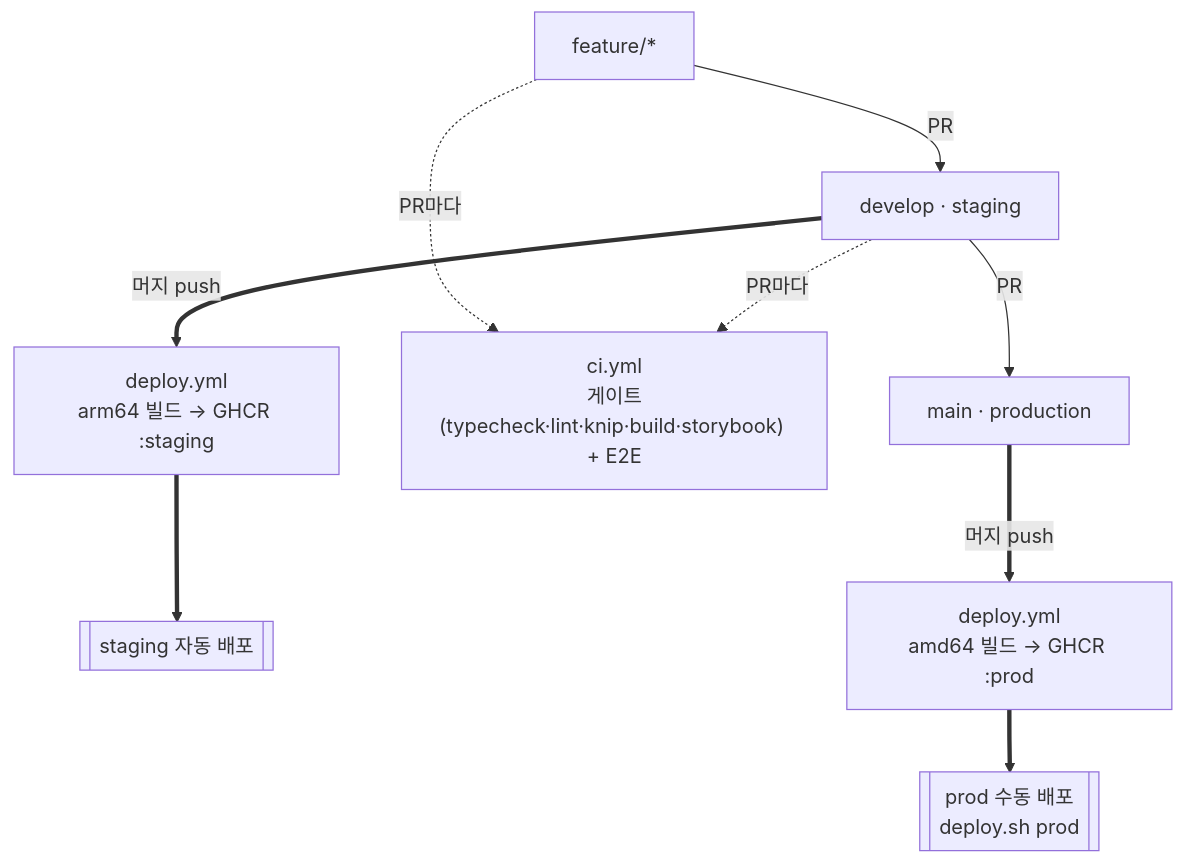
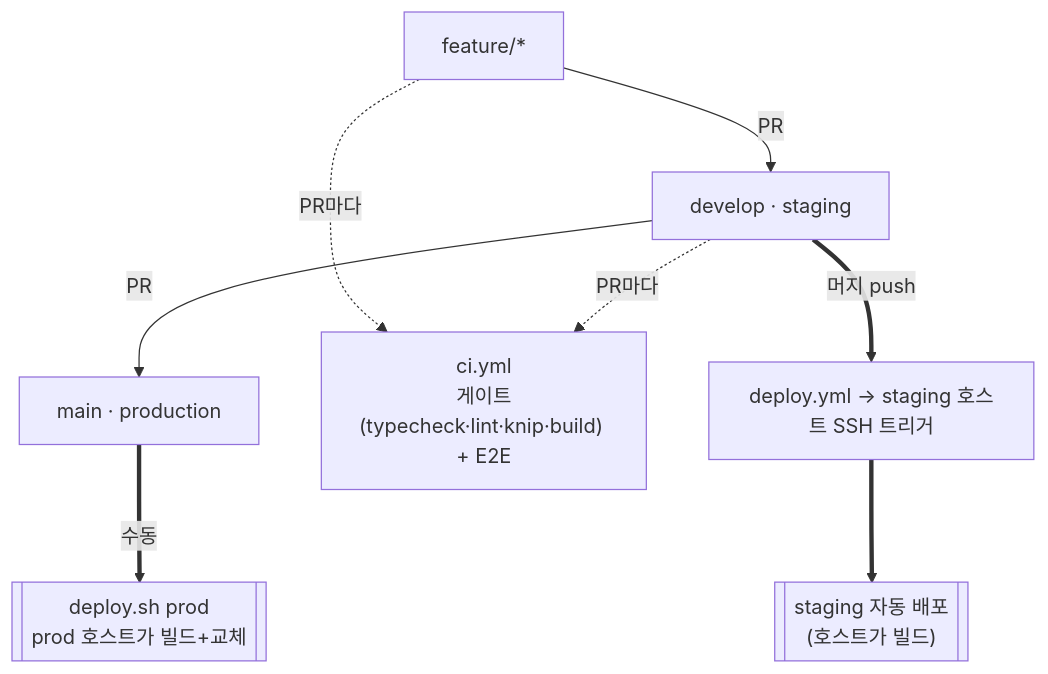
Before and after one commit to wafflestudio/cse.snu.ac.kr: the second of 2 diagrams in README.md, drawn with Mermaid. The commit also changed other lines of this file and 524 other files, not shown here.

````diff
--- a/README.md
+++ b/README.md
@@ -144,12 +102,12 @@
 ```mermaid
 flowchart TD
   feat["feature/*"] -->|"PR"| dev["develop · staging"]
   dev -->|"PR"| main["main · production"]
 
   feat -. "PR마다" .-> ci
   dev -. "PR마다" .-> ci
-  ci["ci.yml<br/>게이트(typecheck·lint·knip·build·storybook) + E2E"]
+  ci["ci.yml<br/>게이트(typecheck·lint·knip·build) + E2E"]
 
-  dev ==>|"머지 push"| dstg["deploy.yml<br/>arm64 빌드 → GHCR :staging"] ==> stg[["staging 자동 배포"]]
-  main ==>|"머지 push"| dprd["deploy.yml<br/>amd64 빌드 → GHCR :prod"] ==> prd[["prod 수동 배포<br/>deploy.sh prod"]]
+  dev ==>|"머지 push"| dstg["deploy.yml → staging 호스트 SSH 트리거"] ==> stg[["staging 자동 배포<br/>(호스트가 빌드)"]]
+  main ==>|"수동"| prd[["deploy.sh prod<br/>prod 호스트가 빌드+교체"]]
 ```
````
